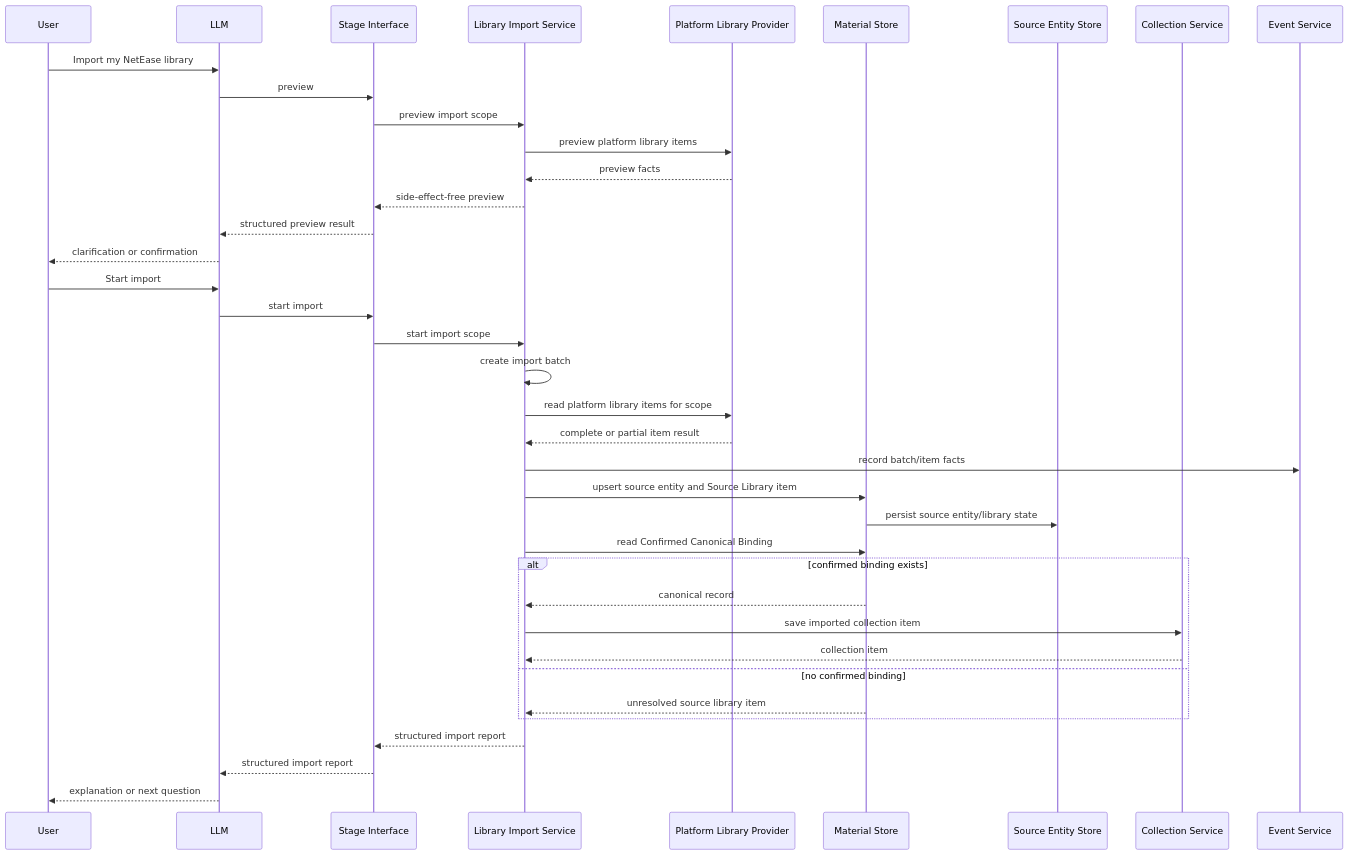
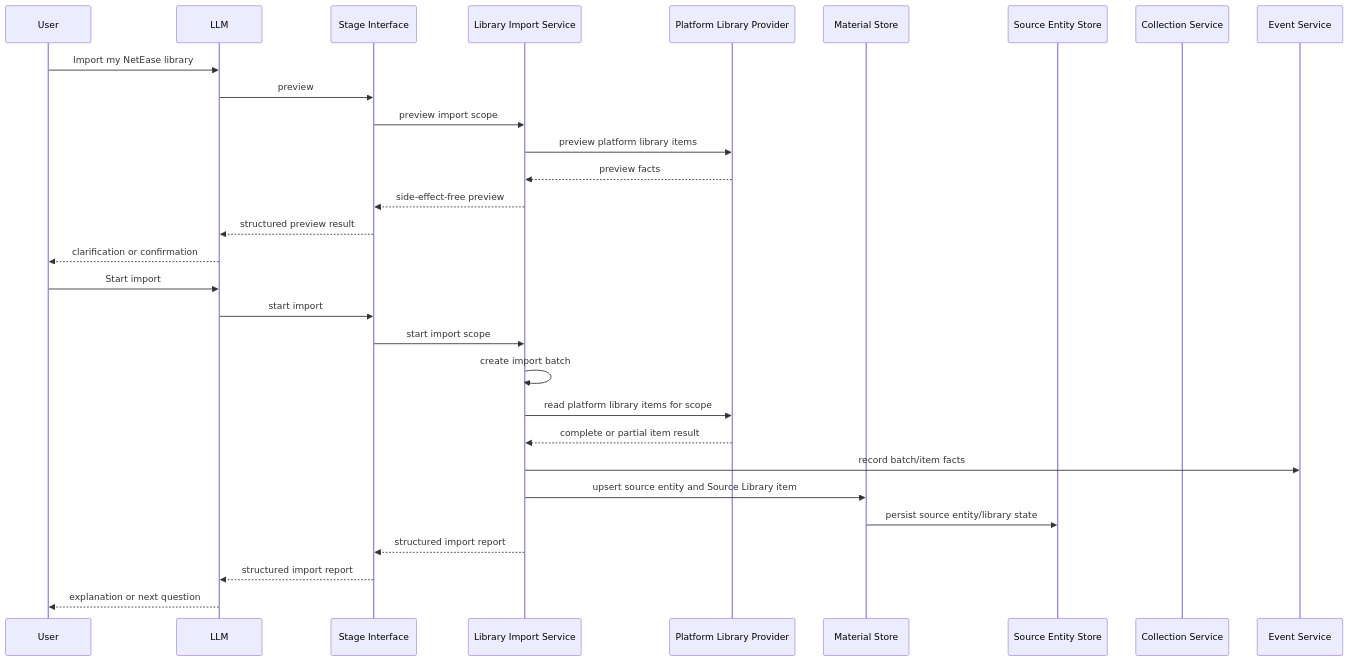
One commit to Odefined/MineMusic changed the second of 2 diagrams in docs/library-import/design.md. Above: the diagram before and after it, drawn with Mermaid. The commit also changed other lines of this file and 15 other files, not shown here.

Commit message:
refactor: decouple library import from canonical state

````diff
--- a/docs/library-import/design.md
+++ b/docs/library-import/design.md
@@ -419,41 +403,33 @@
 ```mermaid
 sequenceDiagram
     participant User
     participant LLM
     participant Stage as Stage Interface
     participant Import as Library Import Service
     participant Provider as Platform Library Provider
     participant Material as Material Store
     participant SourceEntity as Source Entity Store
     participant Collection as Collection Service
     participant Events as Event Service
 
     User->>LLM: Import my NetEase library
     LLM->>Stage: preview
     Stage->>Import: preview import scope
     Import->>Provider: preview platform library items
     Provider-->>Import: preview facts
     Import-->>Stage: side-effect-free preview
     Stage-->>LLM: structured preview result
     LLM-->>User: clarification or confirmation
     User->>LLM: Start import
     LLM->>Stage: start import
     Stage->>Import: start import scope
     Import->>Import: create import batch
     Import->>Provider: read platform library items for scope
     Provider-->>Import: complete or partial item result
     Import->>Events: record batch/item facts
     Import->>Material: upsert source entity and Source Library item
     Material->>SourceEntity: persist source entity/library state
-    Import->>Material: read Confirmed Canonical Binding
-    alt confirmed binding exists
-        Material-->>Import: canonical record
-        Import->>Collection: save imported collection item
-        Collection-->>Import: collection item
-    else no confirmed binding
-        Material-->>Import: unresolved source library item
-    end
     Import-->>Stage: structured import report
     Stage-->>LLM: structured import report
     LLM-->>User: explanation or next question
 ```
````
